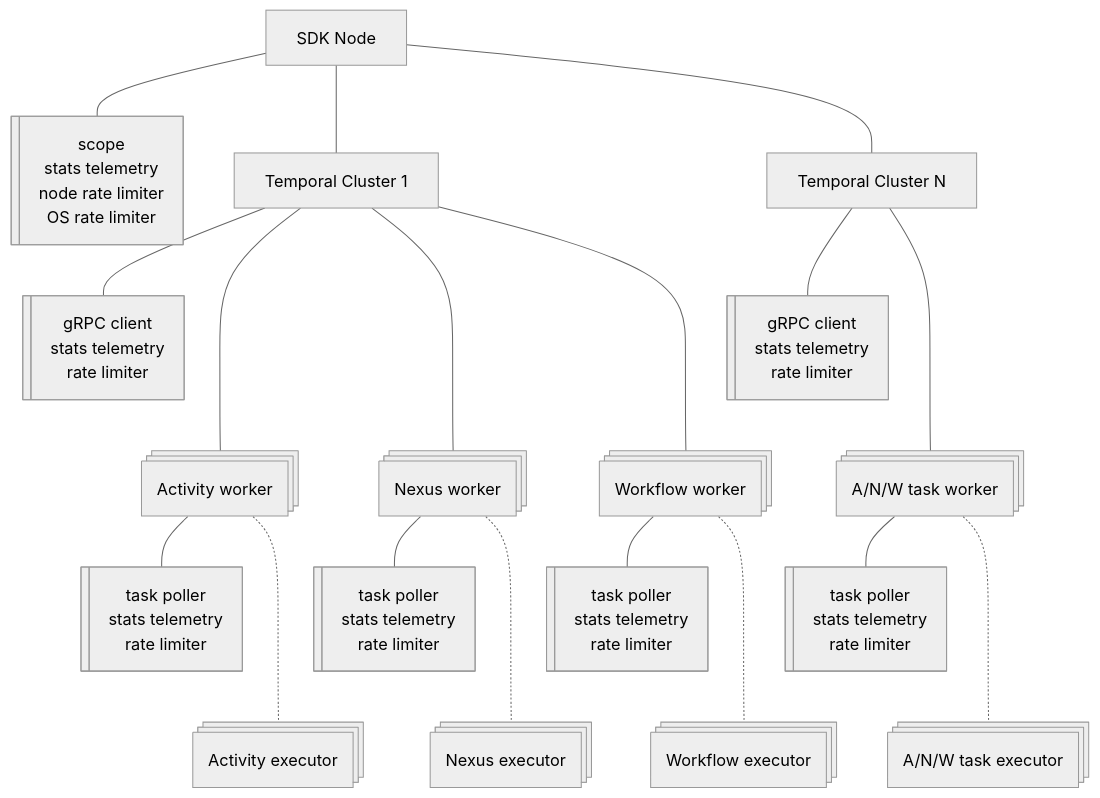
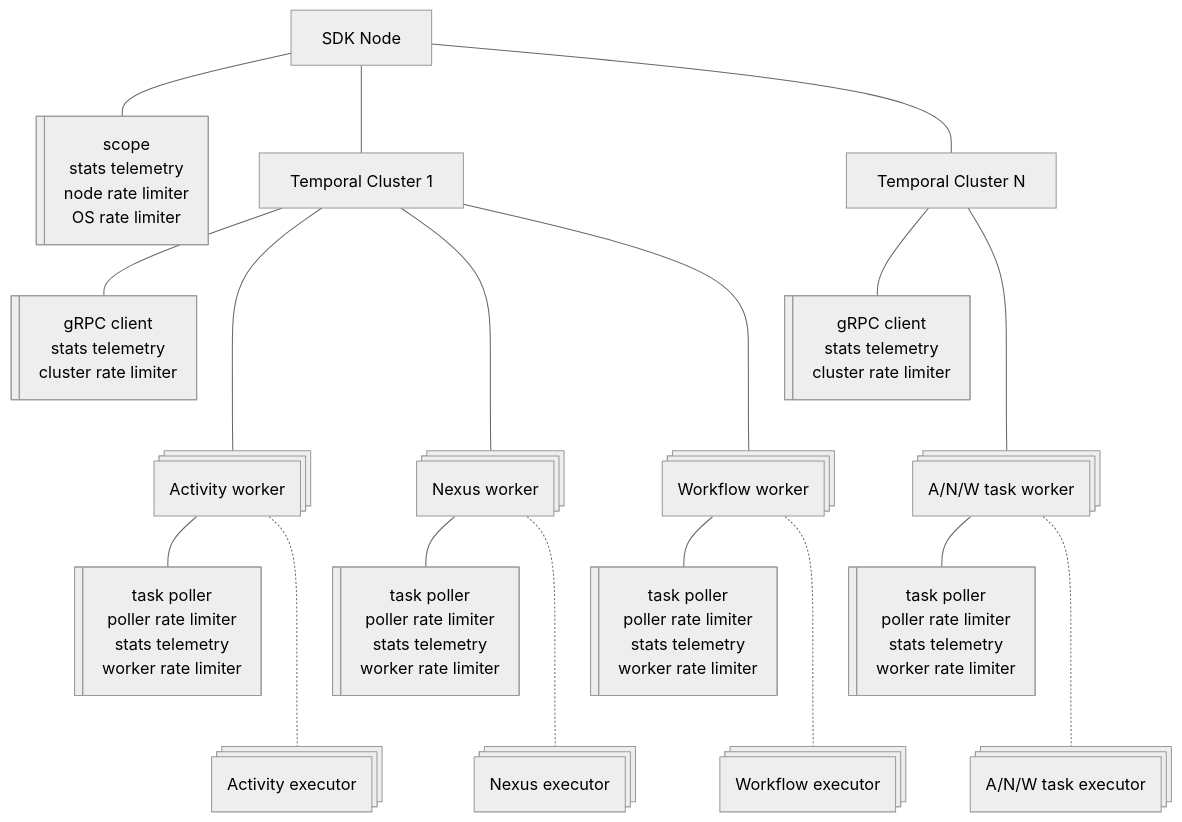
One commit to andrzej-mag/temporal_sdk changed the diagram in docs/architecture.md. Above: the diagram before and after it, drawn with Mermaid (neutral theme).

Commit message:
docs: improve architecture.md

````diff
--- a/docs/architecture.md
+++ b/docs/architecture.md
@@ -3,66 +3,66 @@
 ```mermaid
 flowchart TD
   Node@{ shape: rect, label: "SDK Node"}
   NodeTool@{ shape: lin-rect, label: "scope <br> stats telemetry <br> node rate limiter <br> OS rate limiter"}
 
   Cluster1@{ shape: rect, label: "Temporal Cluster 1"}
   ClusterN@{ shape: rect, label: "Temporal Cluster N"}
-  ClusterTool@{ shape: lin-rect, label: "gRPC client <br> stats telemetry <br> rate limiter"}
-  ClusterToolN@{ shape: lin-rect, label: "gRPC client <br> stats telemetry <br> rate limiter"}
+  ClusterTool@{ shape: lin-rect, label: "gRPC client <br> stats telemetry <br> cluster rate limiter"}
+  ClusterToolN@{ shape: lin-rect, label: "gRPC client <br> stats telemetry <br> cluster rate limiter"}
 
   Activity@{ shape: processes, label: "Activity worker" }
-  ActivityTool@{ shape: lin-rect, label: "task poller <br> stats telemetry <br> rate limiter" }
+  ActivityTool@{ shape: lin-rect, label: "task poller <br> poller rate limiter <br> stats telemetry <br> worker  rate limiter" }
 
   Nexus@{ shape: processes, label: "Nexus worker" }
-  NexusTool@{ shape: lin-rect, label: "task poller <br> stats telemetry <br> rate limiter" }
+  NexusTool@{ shape: lin-rect, label: "task poller <br> poller rate limiter <br> stats telemetry <br> worker  rate limiter" }
 
   Workflow@{ shape: processes, label: "Workflow worker" }
-  WorkflowTool@{ shape: lin-rect, label: "task poller <br> stats telemetry <br> rate limiter" }
+  WorkflowTool@{ shape: lin-rect, label: "task poller <br> poller rate limiter <br> stats telemetry <br> worker  rate limiter" }
 
   Task@{ shape: processes, label: "A/N/W task worker" }
-  TaskTool@{ shape: lin-rect, label: "task poller <br> stats telemetry <br> rate limiter" }
+  TaskTool@{ shape: lin-rect, label: "task poller <br> poller rate limiter <br> stats telemetry <br> worker rate limiter" }
 
   ActivityExec@{ shape: processes, label: "Activity executor" }
   NexusExec@{ shape: processes, label: "Nexus executor" }
   WorkflowExec@{ shape: processes, label: "Workflow executor" }
   TaskExec@{ shape: processes, label: "A/N/W task executor" }
 
   Node --- NodeTool
   Node --- Cluster1
   Cluster1 --- ClusterTool
   Cluster1 ---- Activity
   Cluster1 ---- Nexus
   Cluster1 ---- Workflow
   Node --- ClusterN
   ClusterN --- ClusterToolN
   ClusterN ---- Task
   Activity --- ActivityTool
   Activity -..- ActivityExec
   Nexus --- NexusTool
   Nexus -..- NexusExec
   Workflow --- WorkflowTool
   Workflow -..- WorkflowExec
   Task --- TaskTool
   Task -..- TaskExec
 
   click Node "https://hexdocs.pm/temporal_sdk/temporal_sdk_node.html" _blank
   click NodeTool "https://hexdocs.pm/temporal_sdk/temporal_sdk_node.html" _blank
 
   click Cluster1 "https://hexdocs.pm/temporal_sdk/temporal_sdk_cluster.html" _blank
   click ClusterN "https://hexdocs.pm/temporal_sdk/temporal_sdk_cluster.html" _blank
   click ClusterTool "https://hexdocs.pm/temporal_sdk/temporal_sdk_cluster.html" _blank
   click ClusterToolN "https://hexdocs.pm/temporal_sdk/temporal_sdk_cluster.html" _blank
 
   click Activity "https://hexdocs.pm/temporal_sdk/temporal_sdk_worker.html" _blank
   click ActivityTool "https://hexdocs.pm/temporal_sdk/temporal_sdk_worker.html" _blank
   click Nexus "https://hexdocs.pm/temporal_sdk/temporal_sdk_worker.html" _blank
   click NexusTool "https://hexdocs.pm/temporal_sdk/temporal_sdk_worker.html" _blank
   click Workflow "https://hexdocs.pm/temporal_sdk/temporal_sdk_worker.html" _blank
   click WorkflowTool "https://hexdocs.pm/temporal_sdk/temporal_sdk_worker.html" _blank
   click Task "https://hexdocs.pm/temporal_sdk/temporal_sdk_worker.html" _blank
   click TaskTool "https://hexdocs.pm/temporal_sdk/temporal_sdk_worker.html" _blank
 
   click ActivityExec "https://hexdocs.pm/temporal_sdk/temporal_sdk_activity.html" _blank
   click NexusExec "https://hexdocs.pm/temporal_sdk/temporal_sdk_nexus.html" _blank
   click WorkflowExec "https://hexdocs.pm/temporal_sdk/temporal_sdk_workflow.html" _blank
 ```
````
